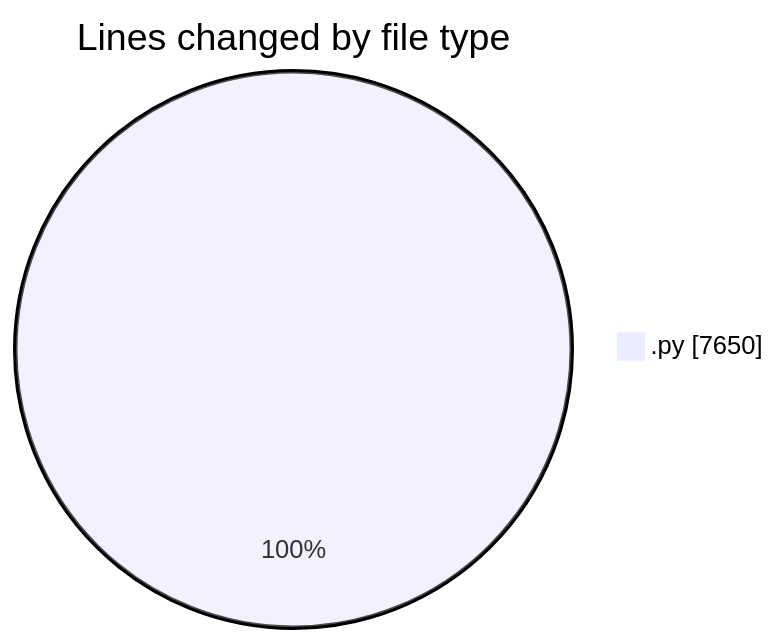
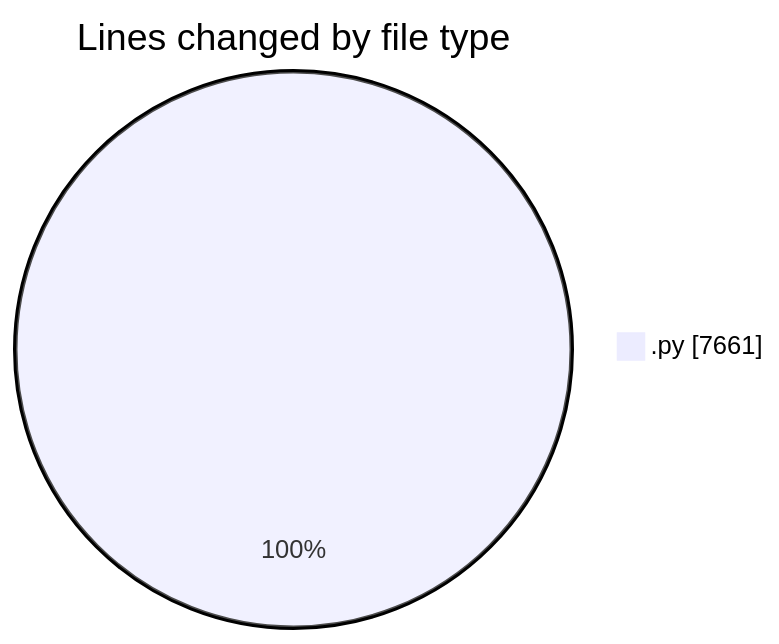
Before and after one commit to MatusMokan/code-tracking: the first of 2 diagrams in 2025-04-12/myws__workspace_/README.md, drawn with Mermaid. The commit also changed other lines of this file and 1 other file, not shown here.

````diff
--- a/2025-04-12/myws__workspace_/README.md
+++ b/2025-04-12/myws__workspace_/README.md
@@ -27,5 +27,5 @@
 ```mermaid
 pie showData
 title Lines changed by file type
-".py" : 7650
+".py" : 7661
 ```
````
